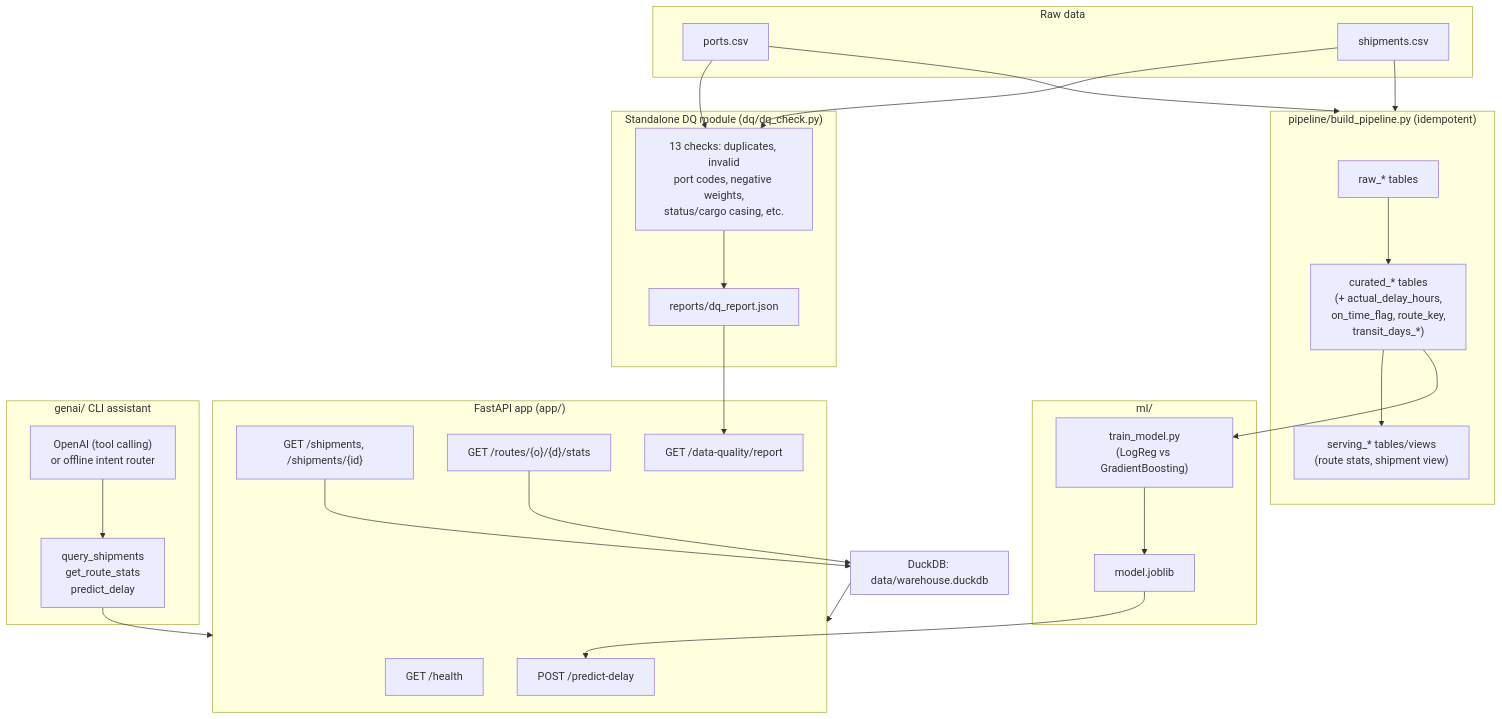
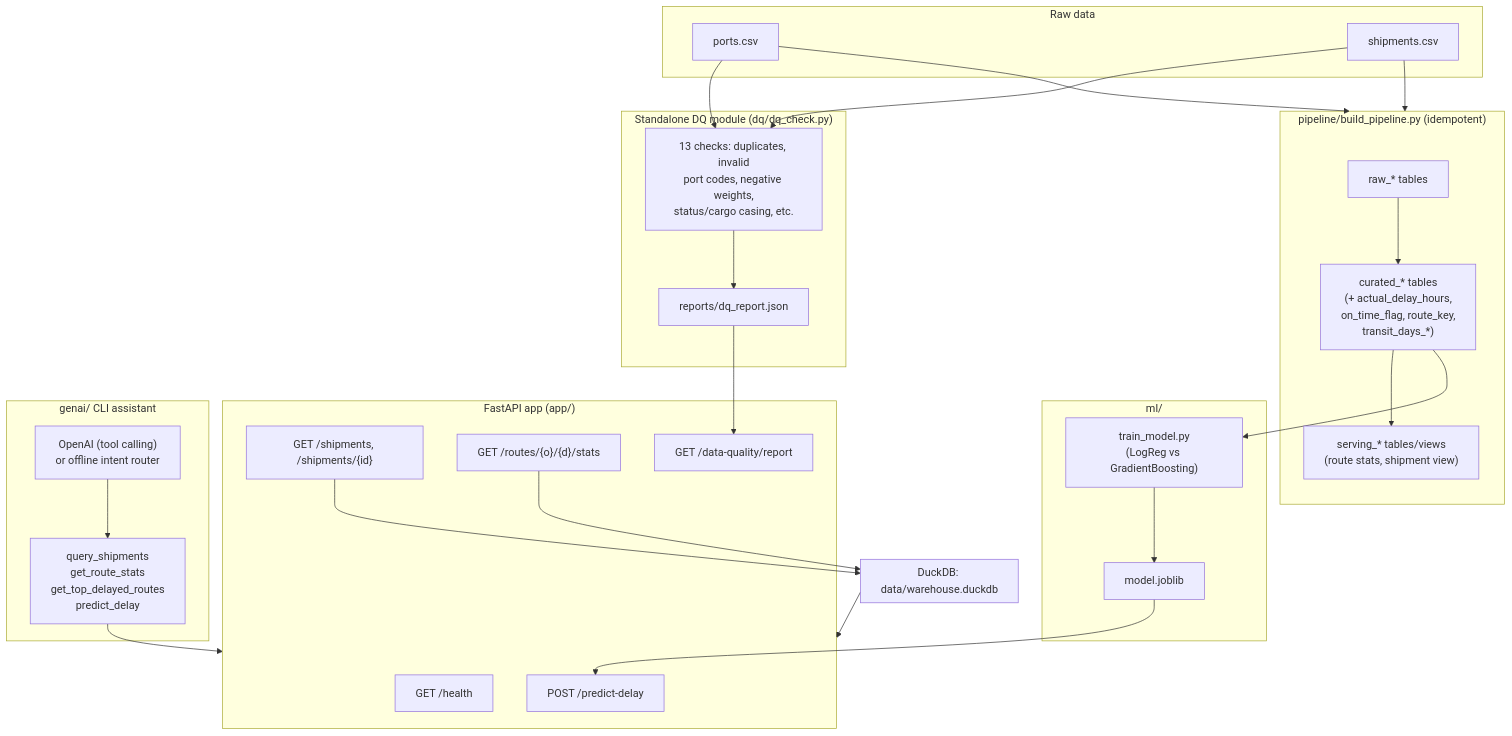
Before and after one commit to Shubham476/supply-chain-platform: the diagram in README.md, drawn with Mermaid. The commit also changed other lines of this file and 6 other files, not shown here.

First line of the commit message:
Add top-delayed-routes tool and endpoint for GenAI assistant

````diff
--- a/README.md
+++ b/README.md
@@ -80,59 +81,59 @@
 ```mermaid
 flowchart TB
     subgraph Raw["Raw data"]
         P["ports.csv"]
         S["shipments.csv"]
     end
 
     subgraph DQ["Standalone DQ module (dq/dq_check.py)"]
         DQC["13 checks: duplicates, invalid\nport codes, negative weights,\nstatus/cargo casing, etc."]
         DQR["reports/dq_report.json"]
     end
 
     subgraph Pipeline["pipeline/build_pipeline.py (idempotent)"]
         RAW_T["raw_* tables"]
         CUR_T["curated_* tables\n(+ actual_delay_hours,\non_time_flag, route_key,\ntransit_days_*)"]
         SRV_T["serving_* tables/views\n(route stats, shipment view)"]
     end
 
     subgraph DB["DuckDB: data/warehouse.duckdb"]
         RAW_T
         CUR_T
         SRV_T
     end
 
     subgraph ML["ml/"]
         TRAIN["train_model.py\n(LogReg vs GradientBoosting)"]
         ARTIFACT["model.joblib"]
     end
 
     subgraph API["FastAPI app (app/)"]
         H["GET /health"]
         SH["GET /shipments, /shipments/{id}"]
         RT["GET /routes/{o}/{d}/stats"]
         PR["POST /predict-delay"]
         DQEP["GET /data-quality/report"]
     end
 
     subgraph GenAI["genai/ CLI assistant"]
         LLM["OpenAI (tool calling)\nor offline intent router"]
-        TOOLS["query_shipments\nget_route_stats\npredict_delay"]
+        TOOLS["query_shipments\nget_route_stats\nget_top_delayed_routes\npredict_delay"]
     end
 
     P --> DQC
     S --> DQC
     DQC --> DQR
     DQR --> DQEP
 
     P --> Pipeline
     S --> Pipeline
     RAW_T --> CUR_T --> SRV_T
 
     DB --> API
     CUR_T --> TRAIN --> ARTIFACT --> PR
 
     SH --> DB
     RT --> DB
 
     LLM --> TOOLS --> API
 ```
````
